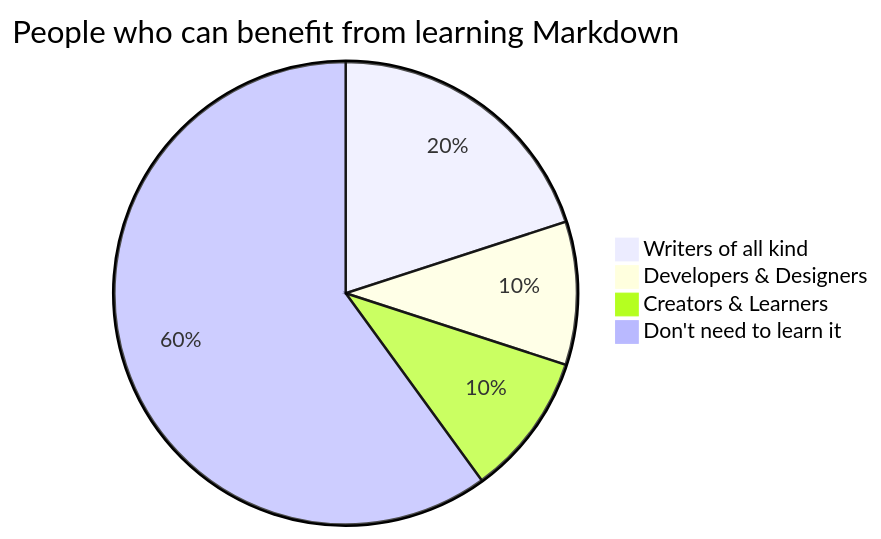
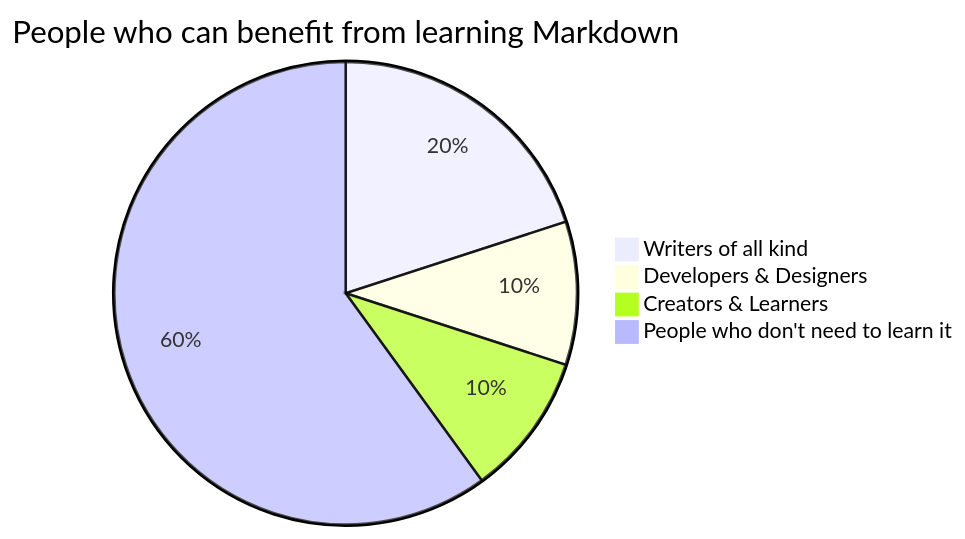
The second of 3 diagrams in README.md (MarcellavonderWeppen/mermaid-test), drawn with Mermaid before and after one commit.

````diff
--- a/README.md
+++ b/README.md
@@ -12,11 +12,11 @@
 ```mermaid
 pie title People who can benefit from learning Markdown
 
 "Writers of all kind": 20
 
 "Developers & Designers" : 10
 
 "Creators & Learners" : 10
 
-"Don't need to learn it": 60
+"People who don't need to learn it": 60
 ```
````
